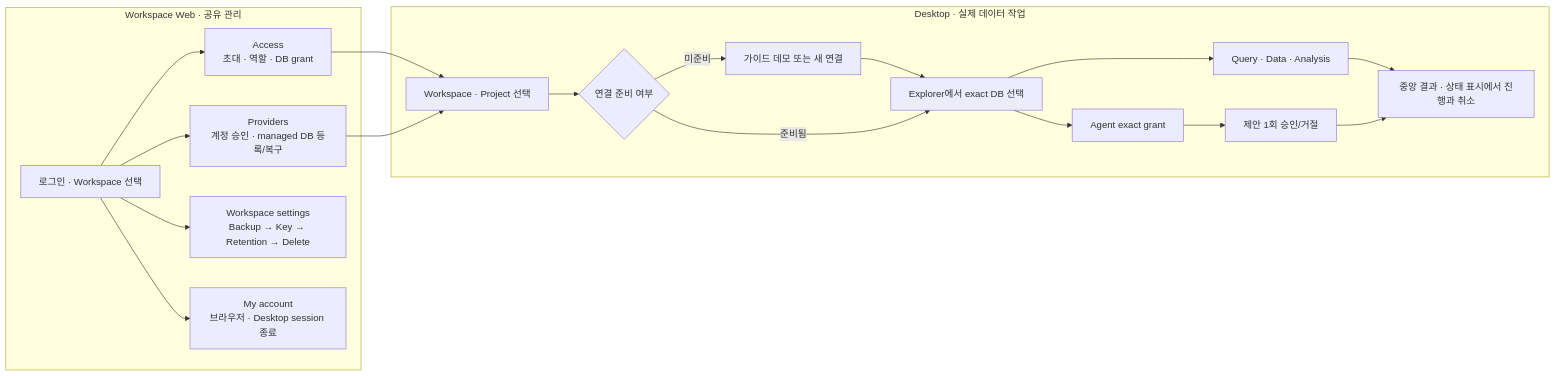
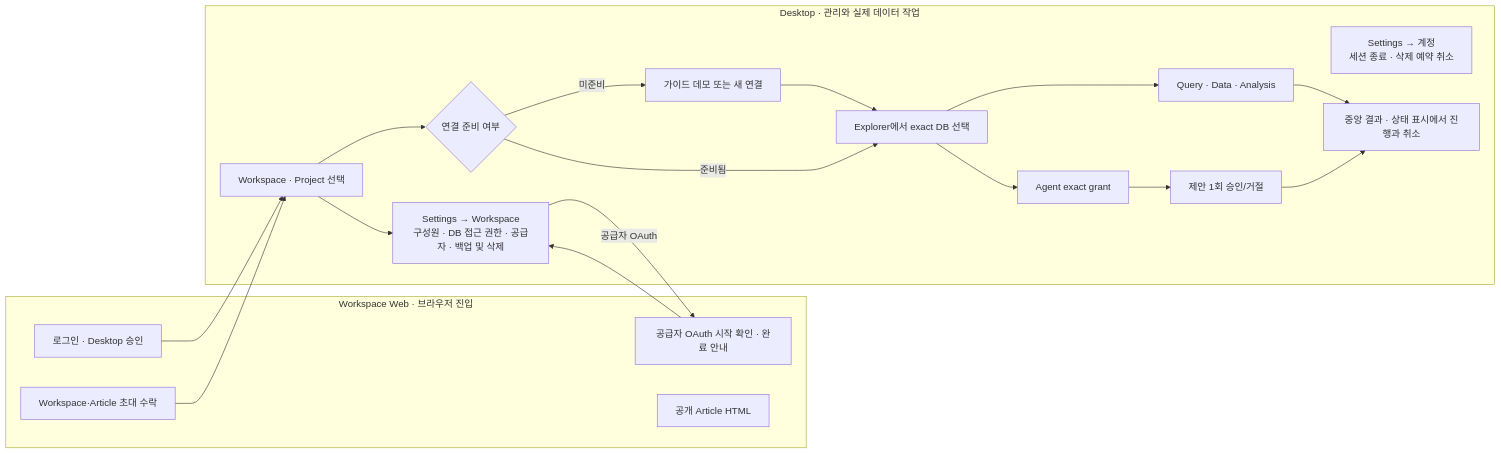
One commit to json-choi/dopedb changed the diagram in docs/PRODUCT_UI_SCOPE.md. Above: the diagram before and after it, drawn with Mermaid. The commit also changed other lines of this file and 226 other files, not shown here.

First line of the commit message:
feat(workspace): 워크스페이스 관리를 Desktop 설정으로 이전 (#283)

````diff
--- a/docs/PRODUCT_UI_SCOPE.md
+++ b/docs/PRODUCT_UI_SCOPE.md
@@ -27,33 +27,32 @@
 ```mermaid
 flowchart LR
-  subgraph Web[Workspace Web · 공유 관리]
-    W0[로그인 · Workspace 선택]
-    W1[Access<br/>초대 · 역할 · DB grant]
-    W2[Providers<br/>계정 승인 · managed DB 등록/복구]
-    W3[Workspace settings<br/>Backup → Key → Retention → Delete]
-    W4[My account<br/>브라우저 · Desktop session 종료]
-    W0 --> W1
-    W0 --> W2
-    W0 --> W3
-    W0 --> W4
+  subgraph Browser[Workspace Web · 브라우저 진입]
+    B0[로그인 · Desktop 승인]
+    B1[Workspace·Article 초대 수락]
+    B2[공급자 OAuth 시작 확인 · 완료 안내]
+    B3[공개 Article HTML]
   end
 
-  subgraph Desktop[Desktop · 실제 데이터 작업]
+  subgraph Desktop[Desktop · 관리와 실제 데이터 작업]
+    A0[Settings → Workspace<br/>구성원 · DB 접근 권한 · 공급자 · 백업 및 삭제]
+    A1[Settings → 계정<br/>세션 종료 · 삭제 예약 취소]
     D0[Workspace · Project 선택]
     D1{연결 준비 여부}
     D2[가이드 데모 또는 새 연결]
     D3[Explorer에서 exact DB 선택]
     D4[Query · Data · Analysis]
     D5[Agent exact grant]
     D6[제안 1회 승인/거절]
     D7[중앙 결과 · 상태 표시에서 진행과 취소]
     D0 --> D1
     D1 -- 미준비 --> D2 --> D3
     D1 -- 준비됨 --> D3
     D3 --> D4 --> D7
     D3 --> D5 --> D6 --> D7
+    D0 --> A0
   end
 
-  W1 --> D0
-  W2 --> D0
+  B0 --> D0
+  B1 --> D0
+  A0 -- 공급자 OAuth --> B2 --> A0
 ```
````
